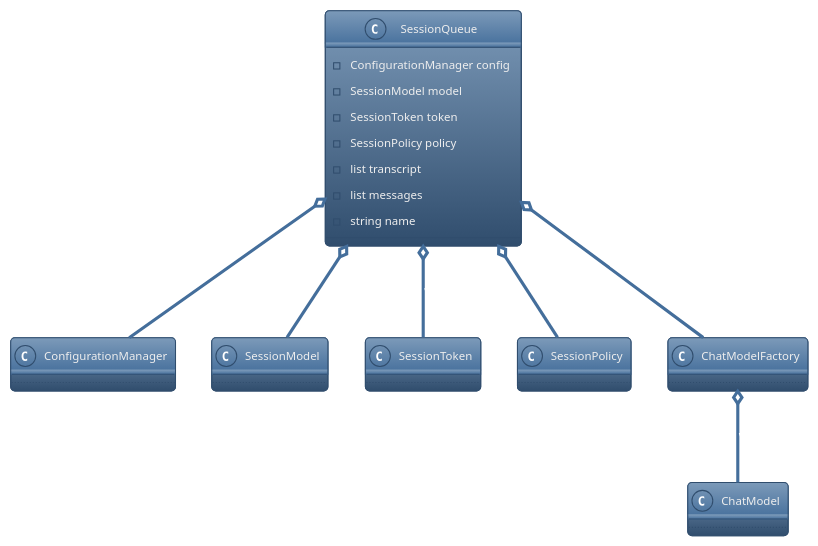
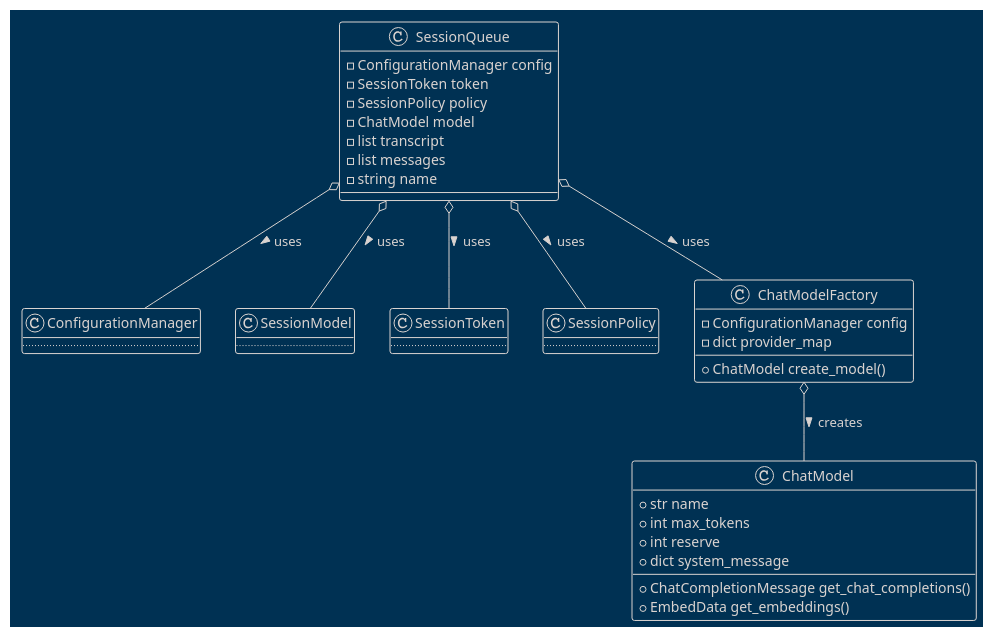
One commit to teleprint-me/py.gpt.prompt changed the diagram in docs/diagrams/plantuml/session_queue.puml. Above: the diagram before and after it, drawn with PlantUML.

Commit message:
docs: Add ChatModel and ChatModelFactory diagrams

```diff
--- a/docs/diagrams/plantuml/session_queue.puml
+++ b/docs/diagrams/plantuml/session_queue.puml
@@ -1,48 +1,55 @@
 @startuml
-!theme spacelab
+!theme blueprint
 
 ' Define classes
 
 class SessionQueue {
   - ConfigurationManager config
-  - SessionModel model
   - SessionToken token
   - SessionPolicy policy
+  - ChatModel model
   - list transcript
   - list messages
   - string name
 }
 
 class ConfigurationManager {
   ..
 }
 
 class SessionModel {
   ..
 }
 
 class SessionToken {
   ..
 }
 
 class SessionPolicy {
   ..
 }
 
 class ChatModelFactory {
-  ..
+  - ConfigurationManager config
+  - dict provider_map
+  + ChatModel create_model()
 }
 
 class ChatModel {
-  ..
+  + str name
+  + int max_tokens
+  + int reserve
+  + dict system_message
+  + ChatCompletionMessage get_chat_completions()
+  + EmbedData get_embeddings()
 }
 
 ' Define relationships
 
 SessionQueue o-- ConfigurationManager : uses >
 SessionQueue o-- SessionModel : uses >
 SessionQueue o-- SessionToken : uses >
 SessionQueue o-- SessionPolicy : uses >
 SessionQueue o-- ChatModelFactory : uses >
 ChatModelFactory o-- ChatModel : creates >
 @enduml
```
